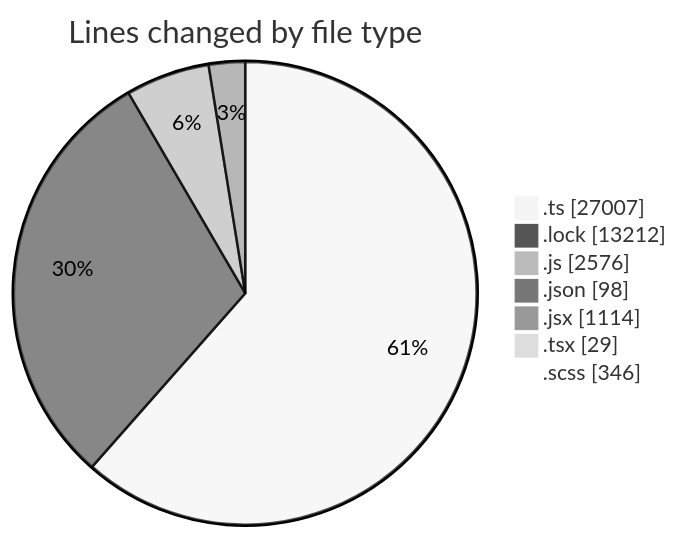
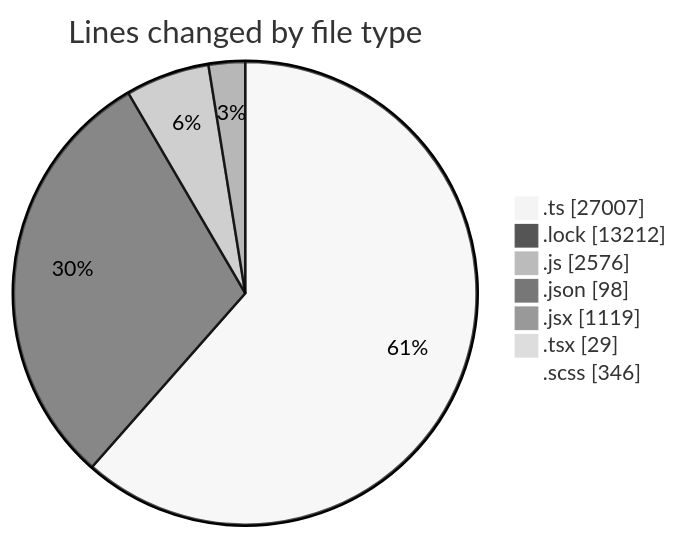
One commit to momahboobian/code-tracking changed the first of 2 diagrams in 2025-05-16/cda/README.md. Above: the diagram before and after it, drawn with Mermaid (neutral theme). The commit also changed other lines of this file and 1 other file, not shown here.

````diff
--- a/2025-05-16/cda/README.md
+++ b/2025-05-16/cda/README.md
@@ -47,11 +47,11 @@
 ```mermaid
 pie showData
 title Lines changed by file type
 ".ts" : 27007
 ".lock" : 13212
 ".js" : 2576
 ".json" : 98
-".jsx" : 1114
+".jsx" : 1119
 ".tsx" : 29
 ".scss" : 346
 ```
````
